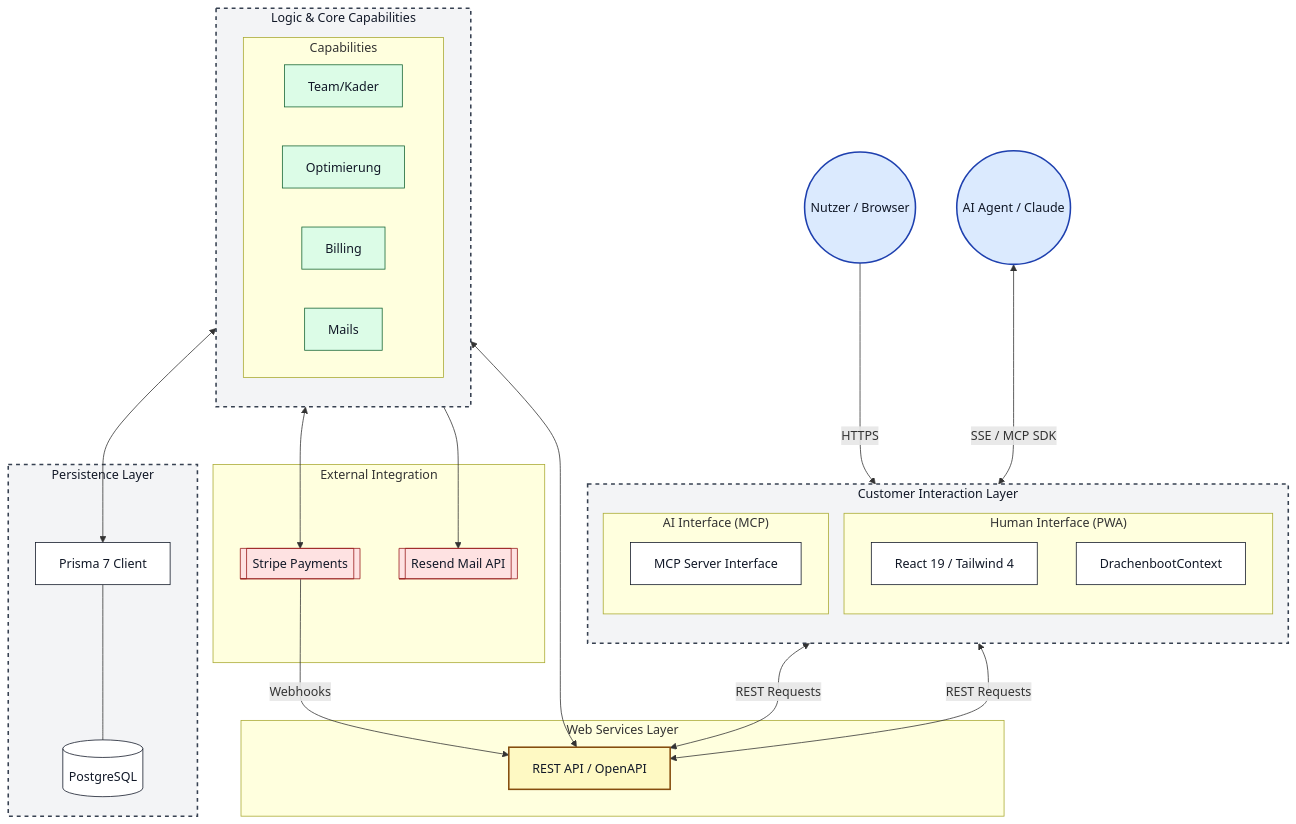
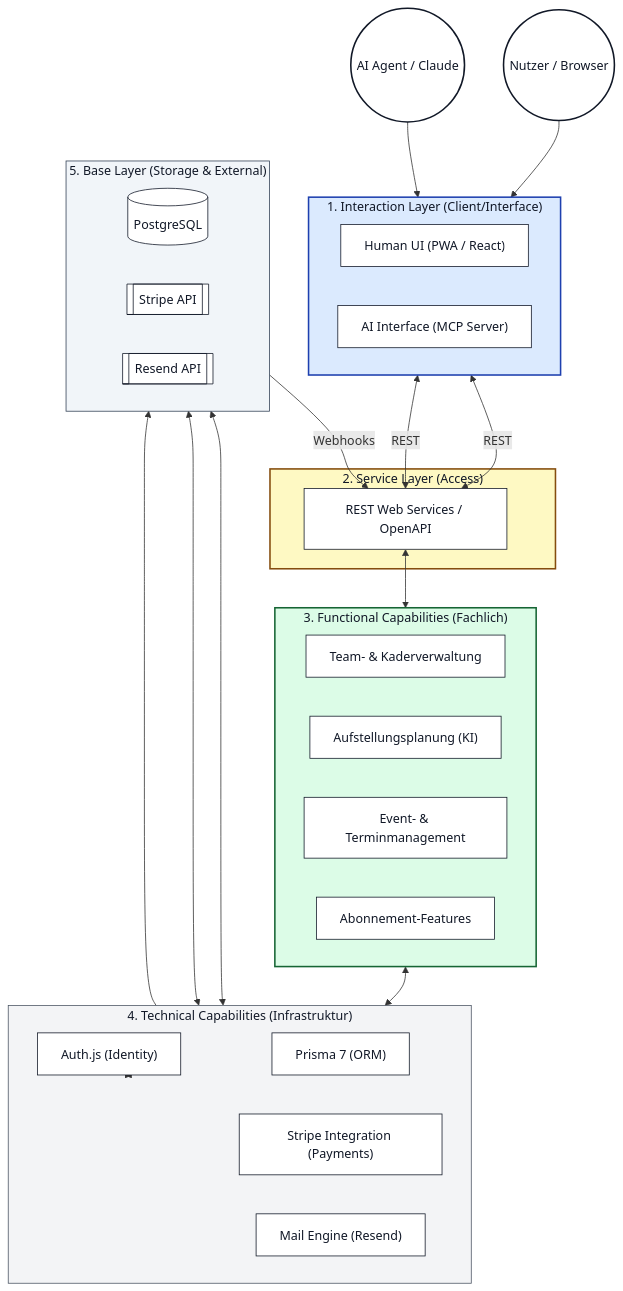
The diagram in README.md (janhartje/dragonboatmanager), drawn with Mermaid before and after one commit. The commit also changed other lines of this file, not shown here.

Commit message:
docs: restructured architecture diagram in top-down hierarchy

````diff
--- a/README.md
+++ b/README.md
@@ -51,80 +51,79 @@
 ```mermaid
-flowchart TB
+flowchart TD
     %% Entry Points
     User((Nutzer / Browser))
     AI_Agent((AI Agent / Claude))
 
-    %% Customer Interaction Layer
-    subgraph Interaction ["Customer Interaction Layer"]
-        direction TB
-        subgraph PWA ["Human Interface (PWA)"]
-            UI[React 19 / Tailwind 4]
-            State[DrachenbootContext]
-        end
-        subgraph MCP ["AI Interface (MCP)"]
-            MCP_Server[MCP Server Interface]
-        end
+    %% 1. Interaction Layer
+    subgraph Interaction ["1. Interaction Layer (Client/Interface)"]
+        direction LR
+        PWA["Human UI (PWA / React)"]
+        MCP["AI Interface (MCP Server)"]
     end
 
-    %% Web Services Layer (Central API)
-    subgraph API ["Web Services Layer"]
-        API_Routes[REST API / OpenAPI]
+    %% 2. Service Layer
+    subgraph Service ["2. Service Layer (Access)"]
+        API[REST Web Services / OpenAPI]
     end
 
-    %% Logic & Capability Layer
-    subgraph Logic ["Logic & Core Capabilities"]
-        direction TB
-        subgraph Caps ["Capabilities"]
-            C1[Team/Kader]
-            C2[Optimierung]
-            C3[Billing]
-            C4[Mails]
-        end
+    %% 3. Functional Layer
+    subgraph Functional ["3. Functional Capabilities (Fachlich)"]
+        direction LR
+        F1["Team- & Kaderverwaltung"]
+        F2["Aufstellungsplanung (KI)"]
+        F3["Event- & Terminmanagement"]
+        F4["Abonnement-Features"]
     end
 
-    %% Persistence Layer
-    subgraph Data ["Persistence Layer"]
-        Prisma[Prisma 7 Client]
-        Postgres[(PostgreSQL)]
-        Prisma --- Postgres
+    %% 4. Technical Layer
+    subgraph Technical ["4. Technical Capabilities (Infrastruktur)"]
+        direction LR
+        T1["Auth.js (Identity)"]
+        T2["Prisma 7 (ORM)"]
+        T3["Stripe Integration (Payments)"]
+        T4["Mail Engine (Resend)"]
     end
 
-    %% External Services
-    subgraph External ["External Integration"]
-        Stripe[[Stripe Payments]]
-        Resend[[Resend Mail API]]
+    %% 5. Base Layer
+    subgraph Base ["5. Base Layer (Storage & External)"]
+        direction LR
+        DB[(PostgreSQL)]
+        Ext_Stripe[[Stripe API]]
+        Ext_Resend[[Resend API]]
     end
 
-    %% Connections
-    User -->|HTTPS| UI
-    AI_Agent <-->|SSE / MCP SDK| MCP_Server
+    %% Connections (Top-Down Flow)
+    User --> PWA
+    AI_Agent --> MCP
     
-    %% Both use REST
-    UI <-->|REST Requests| API_Routes
-    MCP_Server <-->|REST Requests| API_Routes
+    PWA <-->|REST| API
+    MCP <-->|REST| API
     
-    API_Routes <--> Caps
-    Caps <--> Prisma
+    API <--> Functional
+    Functional <--> Technical
     
-    Caps <--> Stripe
-    Stripe -- "Webhooks" --> API_Routes
-    Caps --> Resend
+    Technical <--> T2 <--> DB
+    Technical <--> T1
+    T3 <--> Ext_Stripe
+    T4 --> Ext_Resend
     
-    %% Styling (High Contrast Professional Theme)
-    %% Backgrounds: Solid white or very light grey
-    %% Text: Always dark grey/black (#1a1a1a)
-    %% Borders: Distinct and slightly thicker
-    
+    %% Webhook Loop
+    Ext_Stripe -- "Webhooks" --> API
+
+    %% Styling (High Contrast & Clear Hierarchy)
     classDef default fill:#ffffff,stroke:#111827,stroke-width:1px,color:#111827;
-    classDef layer fill:#f3f4f6,stroke:#374151,stroke-width:2px,stroke-dasharray: 5 5,color:#111827;
-    classDef actor fill:#dbeafe,stroke:#1e40af,stroke-width:2px,color:#111827;
-    classDef external fill:#fee2e2,stroke:#991b1b,stroke-width:1px,color:#111827;
-    classDef capability fill:#dcfce7,stroke:#166534,stroke-width:1px,color:#111827;
-    classDef api fill:#fef9c3,stroke:#854d0e,stroke-width:2px,color:#111827;
+    classDef layer fill:#f9fafb,stroke:#374151,stroke-width:2px,stroke-dasharray: 5 5,color:#111827;
+    classDef interaction fill:#dbeafe,stroke:#1e40af,stroke-width:2px,color:#111827;
+    classDef service fill:#fef9c3,stroke:#854d0e,stroke-width:2px,color:#111827;
+    classDef functional fill:#dcfce7,stroke:#166534,stroke-width:2px,color:#111827;
+    classDef technical fill:#f3f4f6,stroke:#4b5563,stroke-width:1px,color:#111827;
+    classDef base fill:#f1f5f9,stroke:#334155,stroke-width:1px,color:#111827;
+    classDef actor fill:#ffffff,stroke:#111827,stroke-width:2px,color:#111827;
 
-    class Interaction,Logic,Data layer;
+    class Interaction interaction;
+    class Service service;
+    class Functional functional;
+    class Technical technical;
+    class Base base;
     class User,AI_Agent actor;
-    class Stripe,Resend external;
-    class C1,C2,C3,C4 capability;
-    class API_Routes api;
 ```
````
